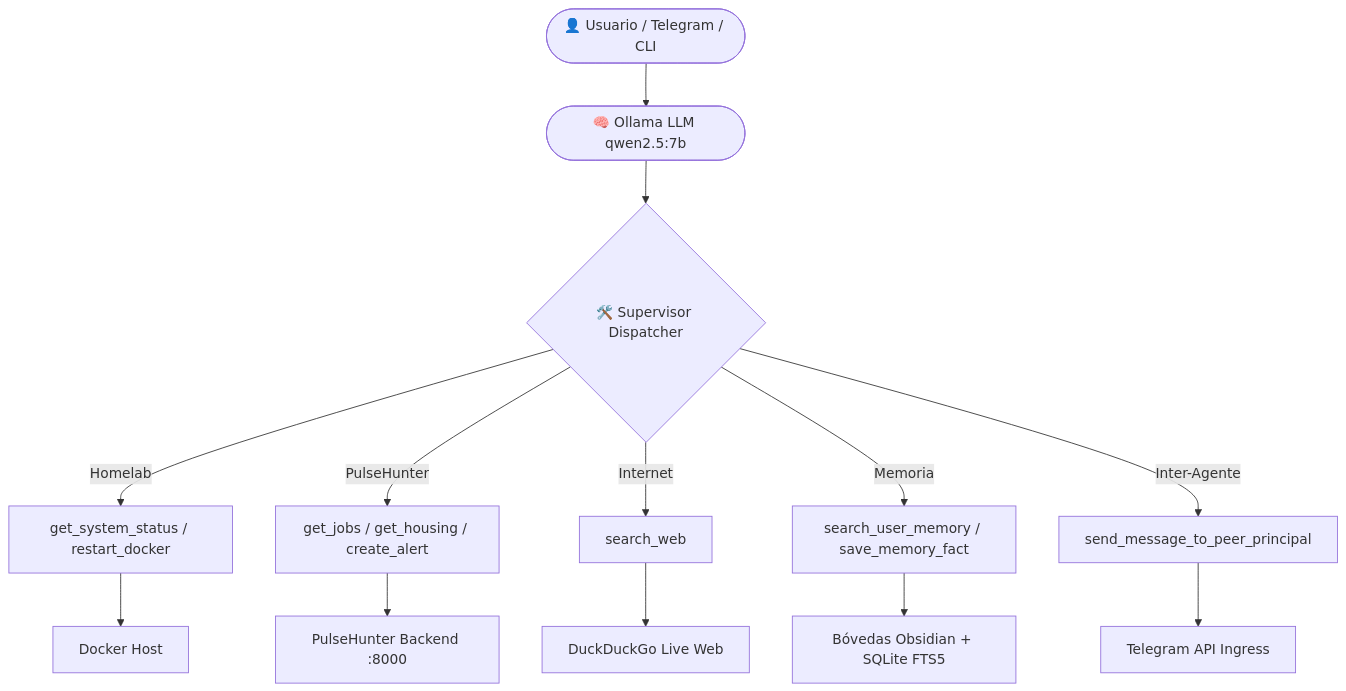
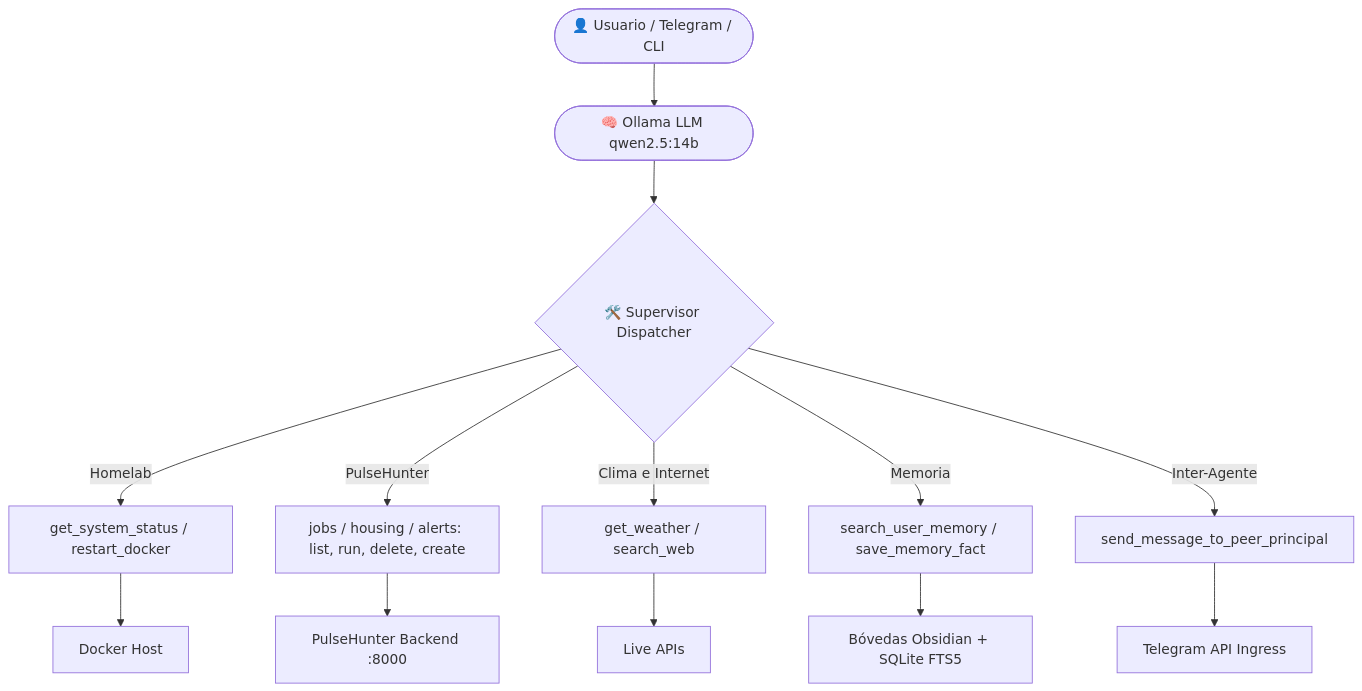
The diagram in docs/TOOLS_CATALOG.md (collsfco/agora), drawn with Mermaid before and after one commit. The commit also changed other lines of this file and 3 other files, not shown here.

Commit message:
feat(pulsehunter): expose full alert lifecycle tools (list, run, delete) and add docs/MCP_INTEGRATION_GUIDE.md

````diff
--- a/docs/TOOLS_CATALOG.md
+++ b/docs/TOOLS_CATALOG.md
@@ -25,17 +29,17 @@
 ```mermaid
 graph TD
-    User([👤 Usuario / Telegram / CLI]) --> LLM([🧠 Ollama LLM qwen2.5:7b])
+    User([👤 Usuario / Telegram / CLI]) --> LLM([🧠 Ollama LLM qwen2.5:14b])
     LLM --> Router{🛠️ Supervisor Dispatcher}
     
     Router -->|Homelab| T1[get_system_status / restart_docker]
-    Router -->|PulseHunter| T2[get_jobs / get_housing / create_alert]
-    Router -->|Internet| T3[search_web]
+    Router -->|PulseHunter| T2[jobs / housing / alerts: list, run, delete, create]
+    Router -->|Clima e Internet| T3[get_weather / search_web]
     Router -->|Memoria| T4[search_user_memory / save_memory_fact]
     Router -->|Inter-Agente| T5[send_message_to_peer_principal]
     
     T1 --> Docker[Docker Host]
     T2 --> Pulse[PulseHunter Backend :8000]
-    T3 --> Web[DuckDuckGo Live Web]
+    T3 --> Web[Live APIs]
     T4 --> Obs[Bóvedas Obsidian + SQLite FTS5]
     T5 --> Tel[Telegram API Ingress]
 ```
````
